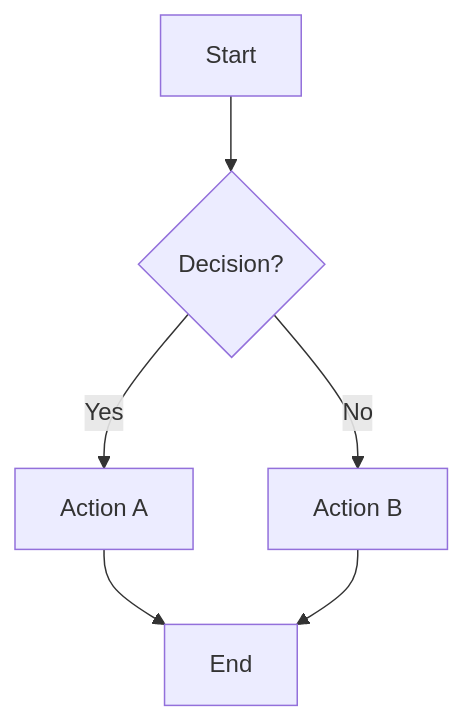
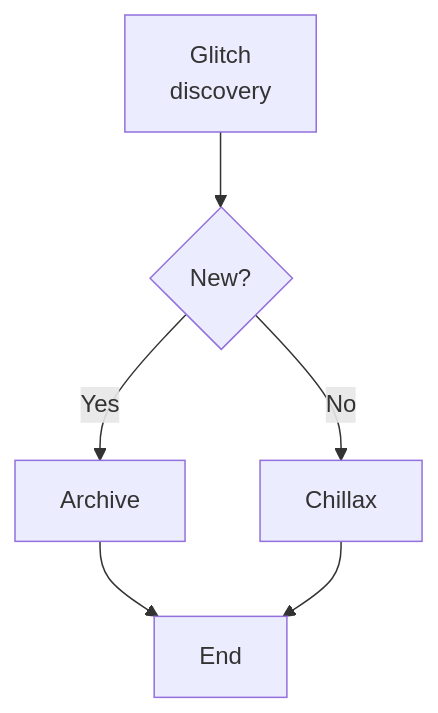
Before and after one commit to BKMzero/ultrabroken-documentation: the first of 7 diagrams in docs/wiki/guide.md, drawn with Mermaid. The commit also changed other lines of this file, not shown here.

````diff
--- a/docs/wiki/guide.md
+++ b/docs/wiki/guide.md
@@ -539,8 +545,8 @@
 ```mermaid
 graph TD
-    A[Start] --> B{Decision?}
-    B -->|Yes| C[Action A]
-    B -->|No| D[Action B]
+    A["Glitch<br/>discovery"] --> B{New?}
+    B -->|Yes| C[Archive]
+    B -->|No| D[Chillax]
     C --> E[End]
     D --> E
 ```
````
